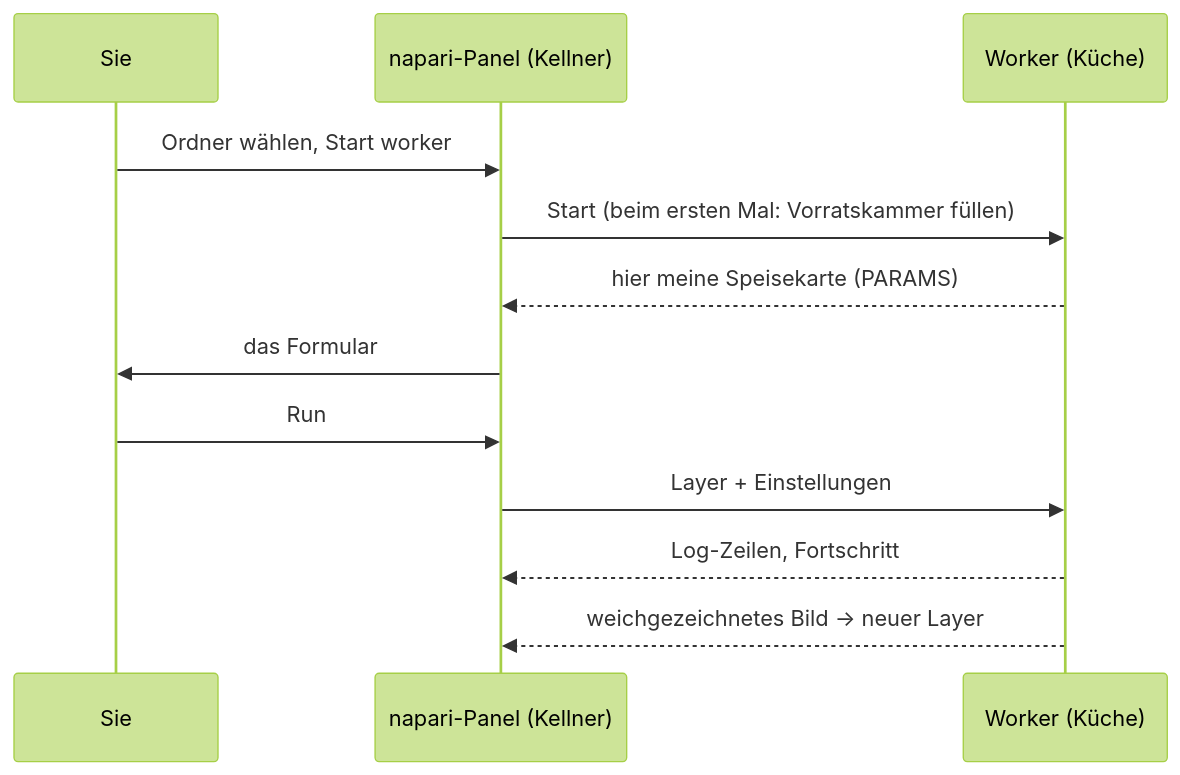
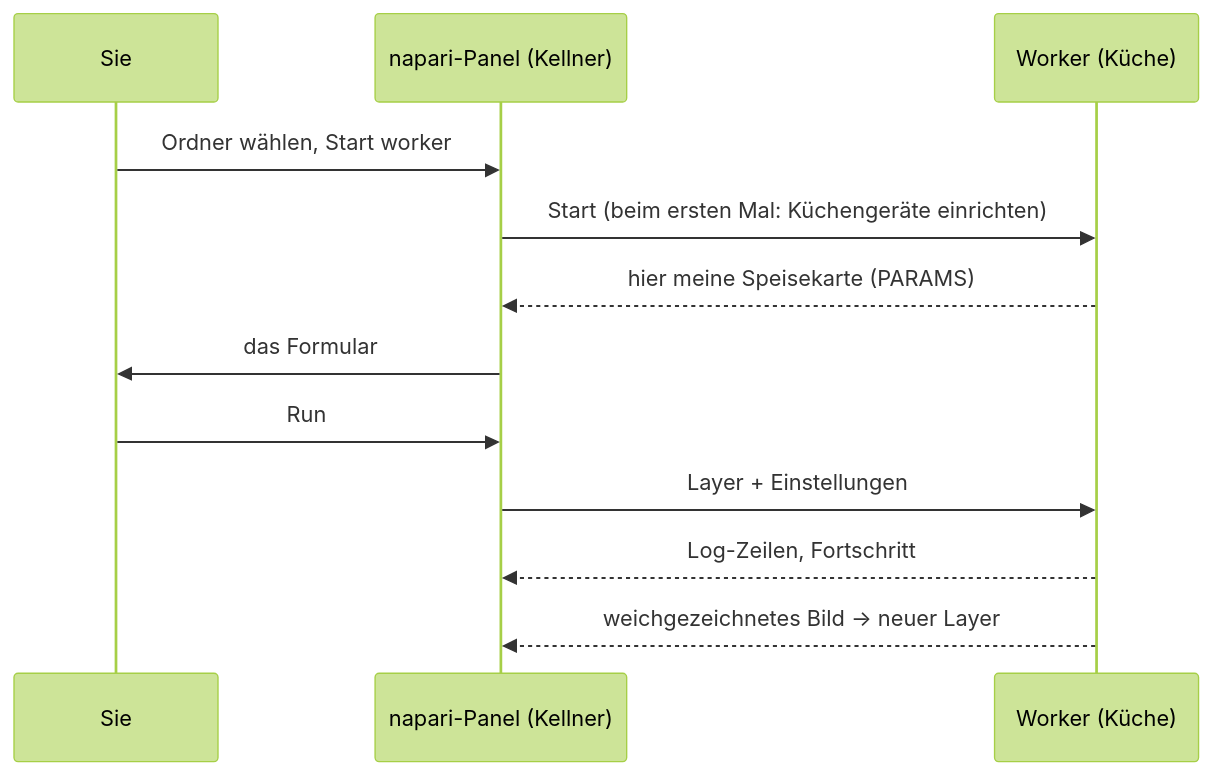
The diagram in guide/napari/first-run.de.md (Oxford-Zeiss-Centre-of-Excellence/Wavu), drawn with Mermaid (forest theme) before and after one commit. The commit also changed other lines of this file and 221 other files, not shown here.

````diff
--- a/guide/napari/first-run.de.md
+++ b/guide/napari/first-run.de.md
@@ -12,14 +12,14 @@
 ```mermaid
 sequenceDiagram
     participant You as Sie
     participant N as napari-Panel (Kellner)
     participant W as Worker (Küche)
     You->>N: Ordner wählen, Start worker
-    N->>W: Start (beim ersten Mal: Vorratskammer füllen)
+    N->>W: Start (beim ersten Mal: Küchengeräte einrichten)
     W-->>N: hier meine Speisekarte (PARAMS)
     N->>You: das Formular
     You->>N: Run
     N->>W: Layer + Einstellungen
     W-->>N: Log-Zeilen, Fortschritt
     W-->>N: weichgezeichnetes Bild → neuer Layer
 ```
````
